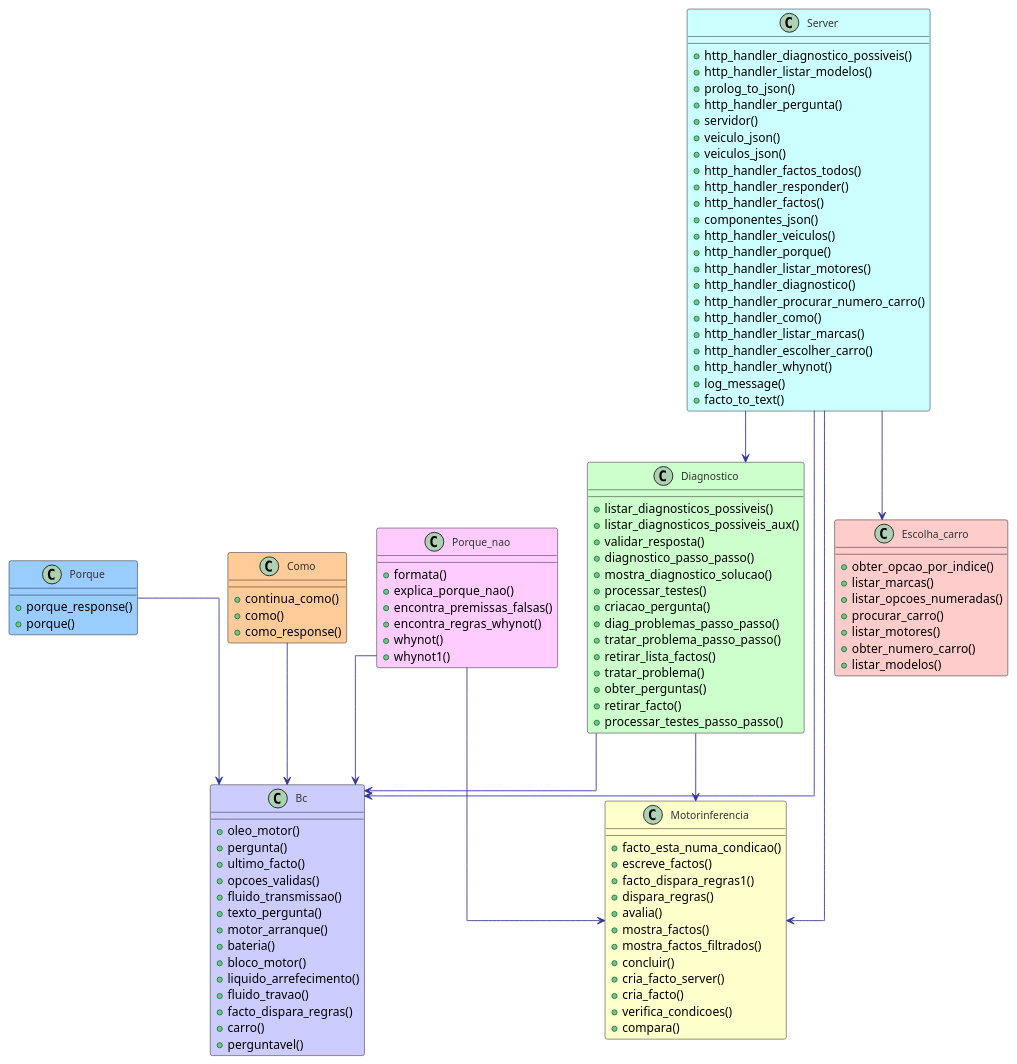
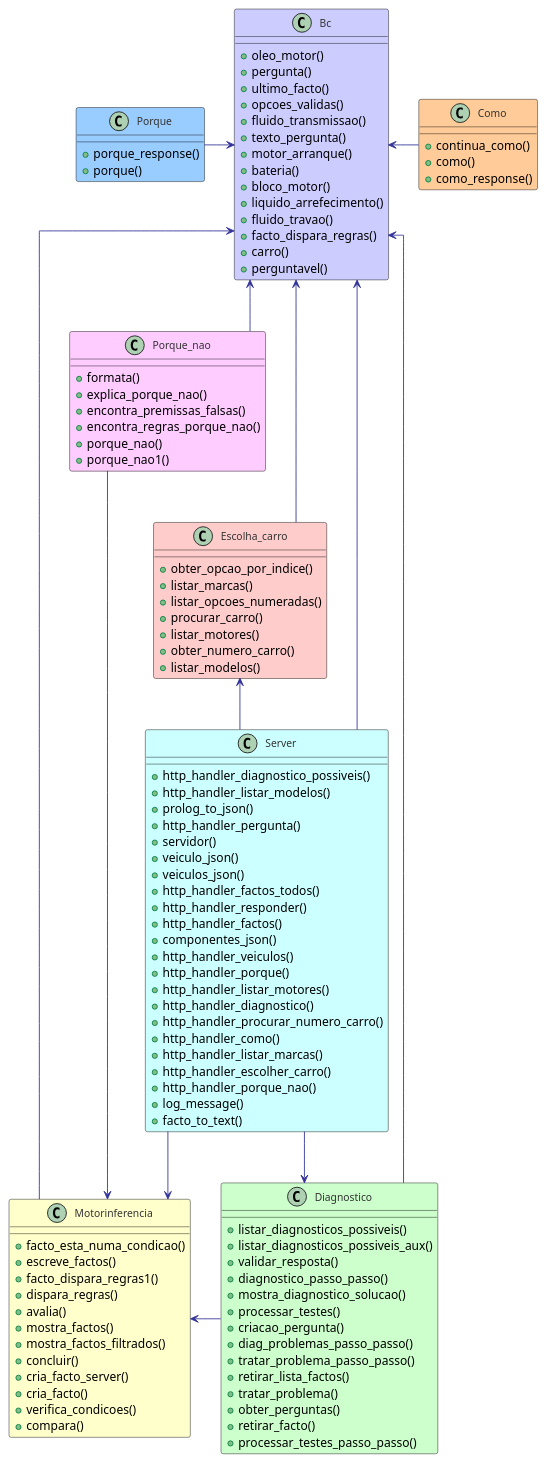
The diagram in Documents/applicationsDiagrams/Diagram_Prologue.puml (JorgeCunha07/DiagnosticTool_PericialSystem), drawn with PlantUML before and after one commit.

Commit message:
PPROGIA: Diagrama de classes prolog atualizado

```diff
--- a/Documents/applicationsDiagrams/Diagram_Prologue.puml
+++ b/Documents/applicationsDiagrams/Diagram_Prologue.puml
@@ -1,137 +1,139 @@
 @startuml
 ' Define colors and styles for a more visually appealing diagram
 skinparam class {
     BackgroundColor #F9F9F9
     ArrowColor #333399
     BorderColor #000000
     FontColor #333333
     FontSize 12
 }
 
 ' Define arrow style
 skinparam linetype ortho
 
 class Bc #CCCCFF {
   +oleo_motor()
   +pergunta()
   +ultimo_facto()
   +opcoes_validas()
   +fluido_transmissao()
   +texto_pergunta()
   +motor_arranque()
   +bateria()
   +bloco_motor()
   +liquido_arrefecimento()
   +fluido_travao()
   +facto_dispara_regras()
   +carro()
   +perguntavel()
 }
 
 
 class Como #FFCC99 {
   +continua_como()
   +como()
   +como_response()
 }
 
 
 class Diagnostico #CCFFCC{
   +listar_diagnosticos_possiveis()
   +listar_diagnosticos_possiveis_aux()
   +validar_resposta()
   +diagnostico_passo_passo()
   +mostra_diagnostico_solucao()
   +processar_testes()
   +criacao_pergunta()
   +diag_problemas_passo_passo()
   +tratar_problema_passo_passo()
   +retirar_lista_factos()
   +tratar_problema()
   +obter_perguntas()
   +retirar_facto()
   +processar_testes_passo_passo()
 }
 
 
 class Escolha_carro #FFCCCC{
   +obter_opcao_por_indice()
   +listar_marcas()
   +listar_opcoes_numeradas()
   +procurar_carro()
   +listar_motores()
   +obter_numero_carro()
   +listar_modelos()
 }
 
 
 class Motorinferencia #FFFFCC{
   +facto_esta_numa_condicao()
   +escreve_factos()
   +facto_dispara_regras1()
   +dispara_regras()
   +avalia()
   +mostra_factos()
   +mostra_factos_filtrados()
   +concluir()
   +cria_facto_server()
   +cria_facto()
   +verifica_condicoes()
   +compara()
 }
 
 
 class Porque #99CCFF{
   +porque_response()
   +porque()
 }
 
 
 class Porque_nao #FFCCFF{
   +formata()
   +explica_porque_nao()
   +encontra_premissas_falsas()
-  +encontra_regras_whynot()
-  +whynot()
-  +whynot1()
+  +encontra_regras_porque_nao()
+  +porque_nao()
+  +porque_nao1()
 }
 
 
 class Server #CCFFFF{
   +http_handler_diagnostico_possiveis()
   +http_handler_listar_modelos()
   +prolog_to_json()
   +http_handler_pergunta()
   +servidor()
   +veiculo_json()
   +veiculos_json()
   +http_handler_factos_todos()
   +http_handler_responder()
   +http_handler_factos()
   +componentes_json()
   +http_handler_veiculos()
   +http_handler_porque()
   +http_handler_listar_motores()
   +http_handler_diagnostico()
   +http_handler_procurar_numero_carro()
   +http_handler_como()
   +http_handler_listar_marcas()
   +http_handler_escolher_carro()
-  +http_handler_whynot()
+  +http_handler_porque_nao()
   +log_message()
   +facto_to_text()
 }
 
 ' Define relationships
 Server --> Motorinferencia
 Server --> Bc
 Server --> Diagnostico
-Server --> Escolha_carro
+Escolha_carro <-- Server
 Diagnostico --> Bc
-Diagnostico --> Motorinferencia
-Porque --> Bc
-Porque_nao --> Bc
-Porque_nao --> Motorinferencia
-Como --> Bc
+Diagnostico -left-> Motorinferencia
+Porque_nao -> Motorinferencia
+Bc <--- Escolha_carro
+Porque -> Bc
+Bc <-- Porque_nao
+Como -up> Bc
+Bc <--- Motorinferencia
 
 @enduml
```
